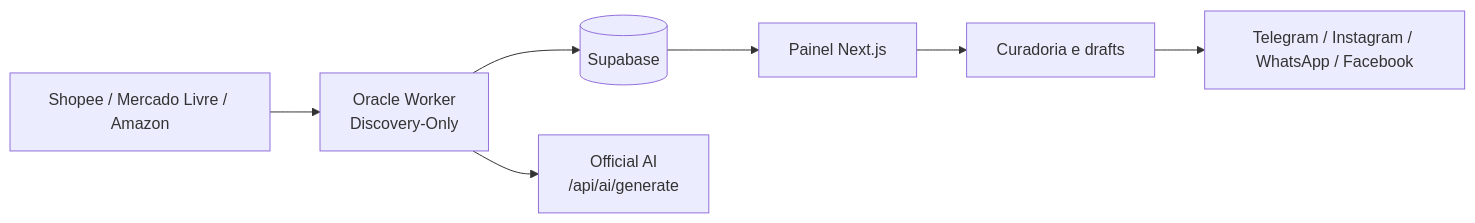
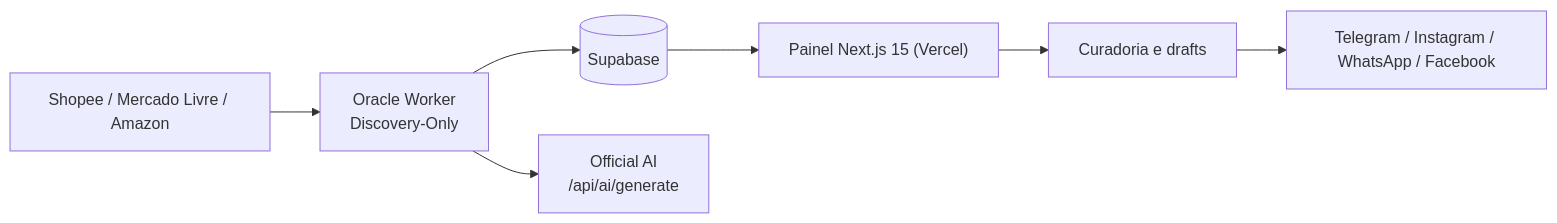
The diagram in README.md (Andrejr82/Caca_OfertaOficial), drawn with Mermaid before and after one commit. The commit also changed other lines of this file and 16 other files, not shown here.

````diff
--- a/README.md
+++ b/README.md
@@ -15,9 +15,9 @@
 ```mermaid
 flowchart LR
   A["Shopee / Mercado Livre / Amazon"] --> B["Oracle Worker\nDiscovery-Only"]
   B --> C[("Supabase")]
   B --> D["Official AI\n/api/ai/generate"]
-  C --> E["Painel Next.js"]
+  C --> E["Painel Next.js 15 (Vercel)"]
   E --> F["Curadoria e drafts"]
   F --> G["Telegram / Instagram / WhatsApp / Facebook"]
 ```
````
